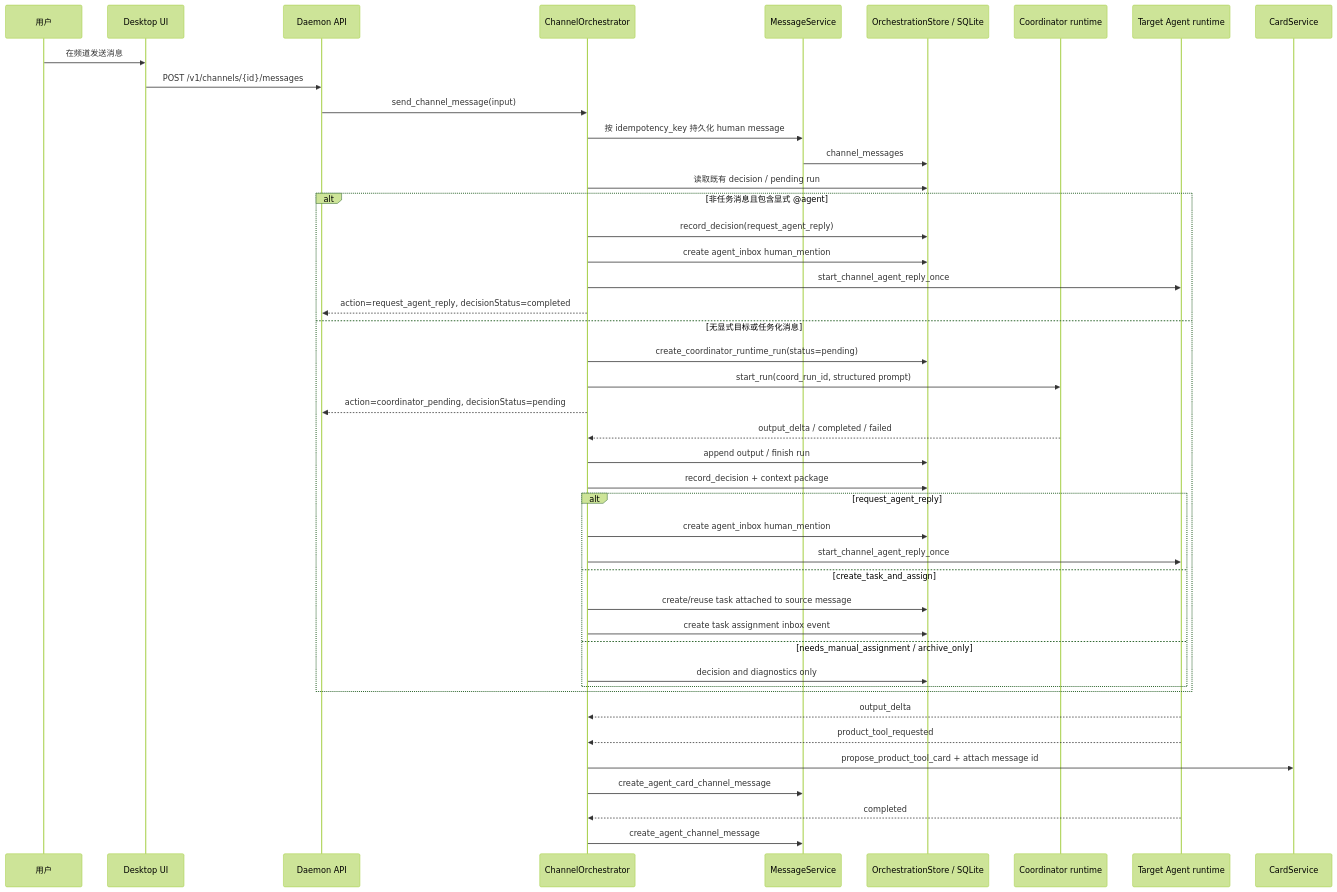
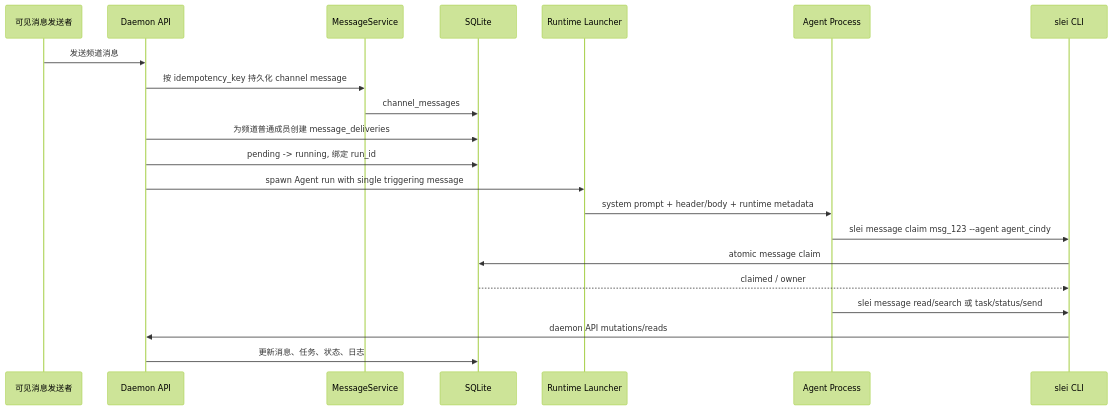
Before and after one commit to leedalei/Slei: the second of 2 diagrams in docs/architecture/0005-channel-routing-and-multi-agent-flow.md, drawn with Mermaid (forest theme). The commit also changed other lines of this file and 4 other files, not shown here.

Commit message:
docs: document broadcast claim architecture

````diff
--- a/docs/architecture/0005-channel-routing-and-multi-agent-flow.md
+++ b/docs/architecture/0005-channel-routing-and-multi-agent-flow.md
@@ -64,47 +134,24 @@
 ```mermaid
 sequenceDiagram
-    participant User as 用户
-    participant UI as Desktop UI
+    participant Sender as 可见消息发送者
     participant API as Daemon API
-    participant Orch as ChannelOrchestrator
     participant Msg as MessageService
-    participant Store as OrchestrationStore / SQLite
-    participant Coord as Coordinator runtime
-    participant Agent as Target Agent runtime
-    participant Cards as CardService
+    participant Store as SQLite
+    participant Launch as Runtime Launcher
+    participant Agent as Agent Process
+    participant CLI as slei CLI
 
-    User->>UI: 在频道发送消息
-    UI->>API: POST /v1/channels/{id}/messages
-    API->>Orch: send_channel_message(input)
-    Orch->>Msg: 按 idempotency_key 持久化 human message
+    Sender->>API: 发送频道消息
+    API->>Msg: 按 idempotency_key 持久化 channel message
     Msg->>Store: channel_messages
-    Orch->>Store: 读取既有 decision / pending run
-    alt 非任务消息且包含显式 @agent
-        Orch->>Store: record_decision(request_agent_reply)
-        Orch->>Store: create agent_inbox human_mention
-        Orch->>Agent: start_channel_agent_reply_once
-        Orch-->>API: action=request_agent_reply, decisionStatus=completed
-    else 无显式目标或任务化消息
-        Orch->>Store: create_coordinator_runtime_run(status=pending)
-        Orch->>Coord: start_run(coord_run_id, structured prompt)
-        Orch-->>API: action=coordinator_pending, decisionStatus=pending
-        Coord-->>Orch: output_delta / completed / failed
-        Orch->>Store: append output / finish run
-        Orch->>Store: record_decision + context package
-        alt request_agent_reply
-            Orch->>Store: create agent_inbox human_mention
-            Orch->>Agent: start_channel_agent_reply_once
-        else create_task_and_assign
-            Orch->>Store: create/reuse task attached to source message
-            Orch->>Store: create task assignment inbox event
-        else needs_manual_assignment / archive_only
-            Orch->>Store: decision and diagnostics only
-        end
-    end
-    Agent-->>Orch: output_delta
-    Agent-->>Orch: product_tool_requested
-    Orch->>Cards: propose_product_tool_card + attach message id
-    Orch->>Msg: create_agent_card_channel_message
-    Agent-->>Orch: completed
-    Orch->>Msg: create_agent_channel_message
+    API->>Store: 为频道普通成员创建 message_deliveries
+    API->>Store: pending -> running, 绑定 run_id
+    API->>Launch: spawn Agent run with single triggering message
+    Launch->>Agent: system prompt + header/body + runtime metadata
+    Agent->>CLI: slei message claim msg_123 --agent agent_cindy
+    CLI->>Store: atomic message claim
+    Store-->>CLI: claimed / owner
+    Agent->>CLI: slei message read/search 或 task/status/send
+    CLI->>API: daemon API mutations/reads
+    API->>Store: 更新消息、任务、状态、日志
 ```
````
